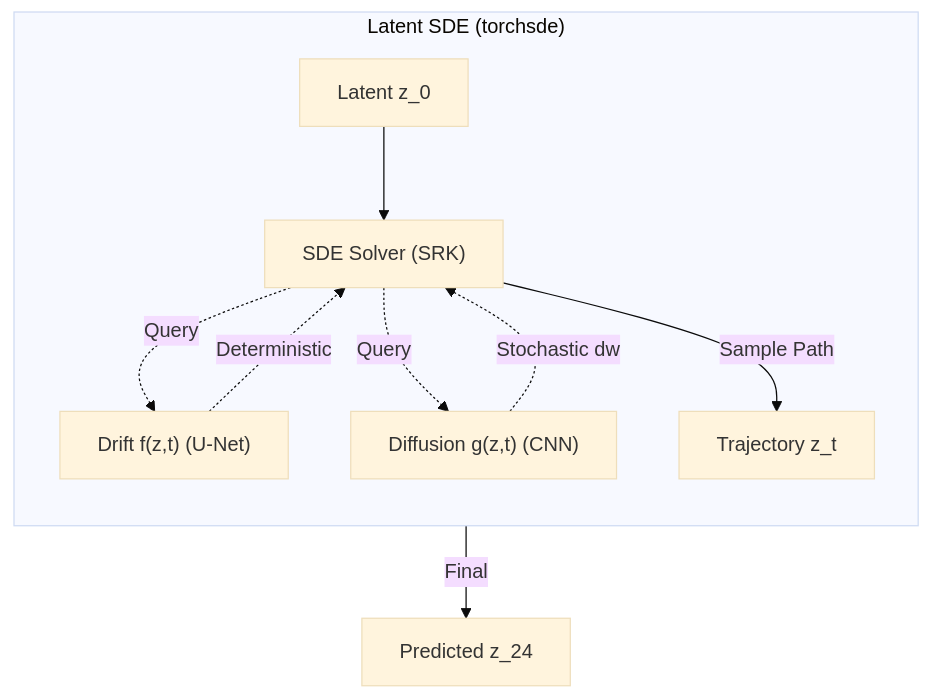
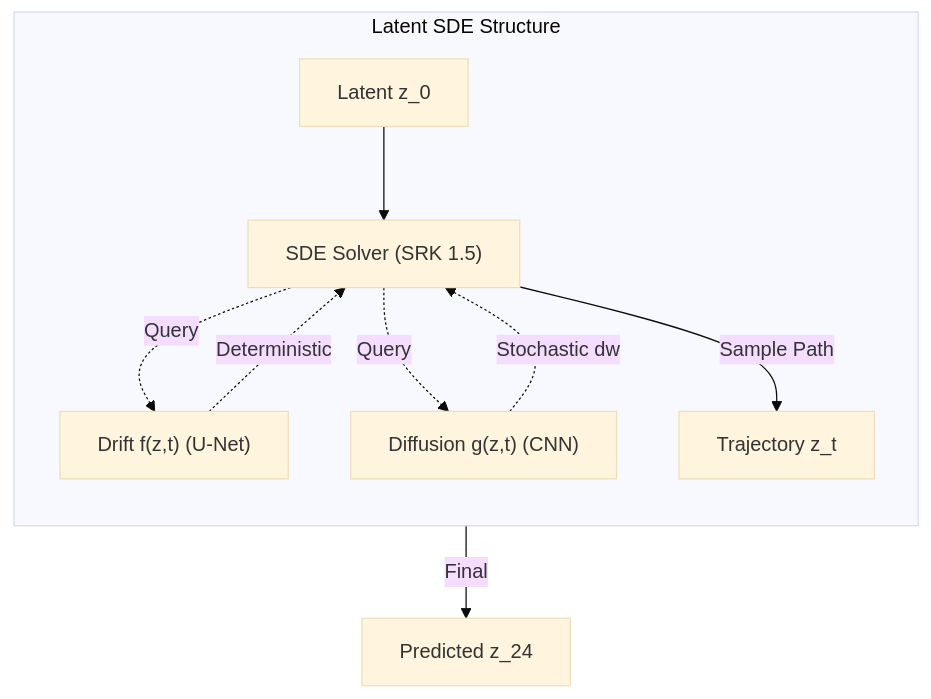
One commit to avalanchezy/IL-CLDM changed the second of 2 diagrams in README.md. Above: the diagram before and after it, drawn with Mermaid (base theme). The commit also changed other lines of this file, not shown here.

First line of the commit message:
Docs: Refactor README to center on Latent SDE architecture

````diff
--- a/README.md
+++ b/README.md
@@ -79,17 +58,17 @@
 ```mermaid
 graph TD
-    subgraph "Latent SDE (torchsde)"
+    subgraph "Latent SDE Structure"
         direction TB
-        Input["Latent z_0"] --> Solver["SDE Solver (SRK)"]
+        Input["Latent z_0"] --> Solver["SDE Solver (SRK 1.5)"]
         
         Solver -.->|Query| Drift["Drift f(z,t) (U-Net)"]
         Solver -.->|Query| Diff["Diffusion g(z,t) (CNN)"]
         
         Drift -.->|Deterministic| Solver
         Diff -.->|Stochastic dw| Solver
         
         Solver -->|Sample Path| Traj["Trajectory z_t"]
     end
     
     Traj -->|Final| Out["Predicted z_24"]
 ```
````
